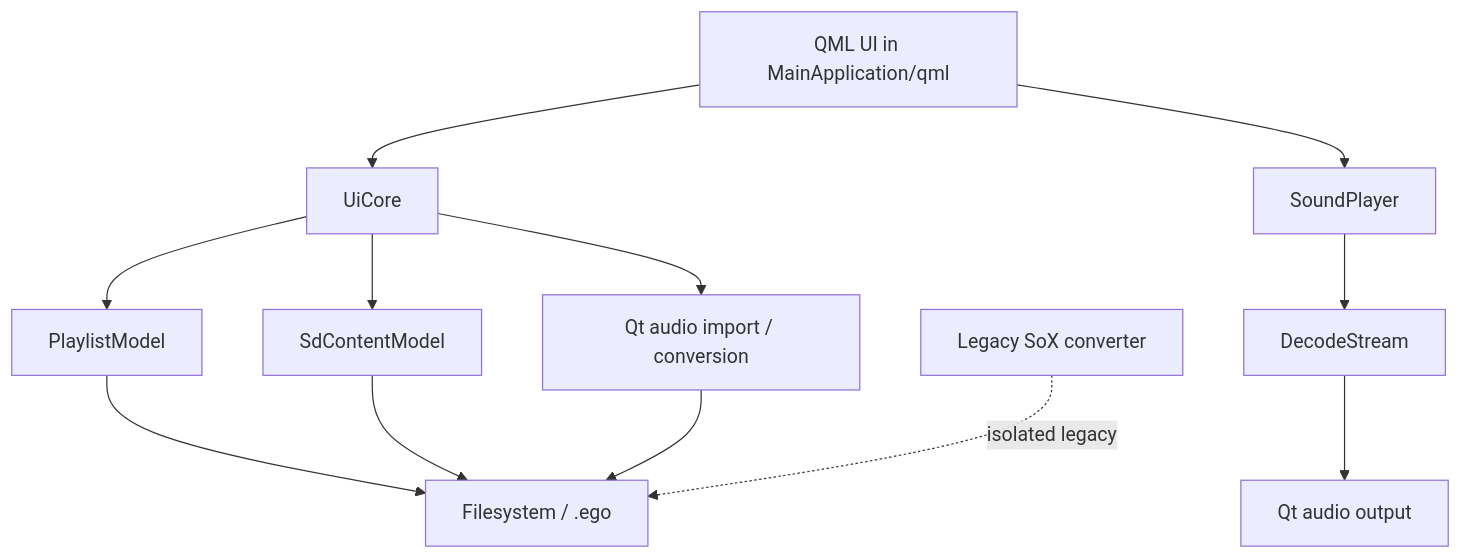
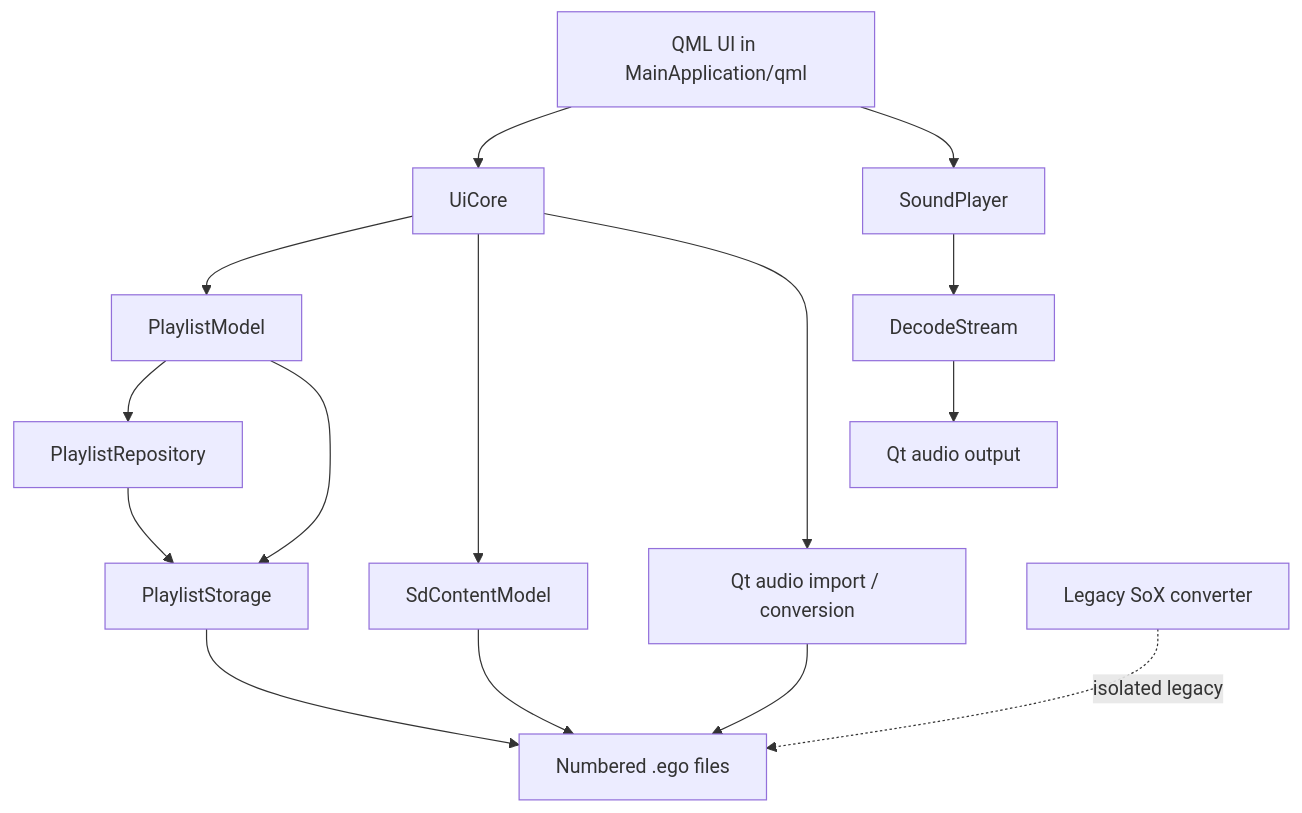
The diagram in docs/ARCHITECTURE.md (DIME-TILL-DEATH/EgoApp), drawn with Mermaid before and after one commit. The commit also changed other lines of this file and 13 other files, not shown here.

Commit message:
refactor: extract playlist file storage

````diff
--- a/docs/ARCHITECTURE.md
+++ b/docs/ARCHITECTURE.md
@@ -5,14 +5,17 @@
 ```mermaid
 flowchart TD
  QML[QML UI in MainApplication/qml] --> CORE[UiCore]
  CORE --> PL[PlaylistModel]
  CORE --> SD[SdContentModel]
- PL --> FS[Filesystem / .ego]
+ PL --> REPO[PlaylistRepository]
+ REPO --> STORAGE[PlaylistStorage]
+ PL --> STORAGE
+ STORAGE --> FS[Numbered .ego files]
  SD --> FS
  CORE --> IMP[Qt audio import / conversion]
  IMP --> FS
  QML --> PLAYER[SoundPlayer]
  PLAYER --> DEC[DecodeStream]
  DEC --> OUT[Qt audio output]
  LEGACY[Legacy SoX converter] -. isolated legacy .-> FS
 ```
````
